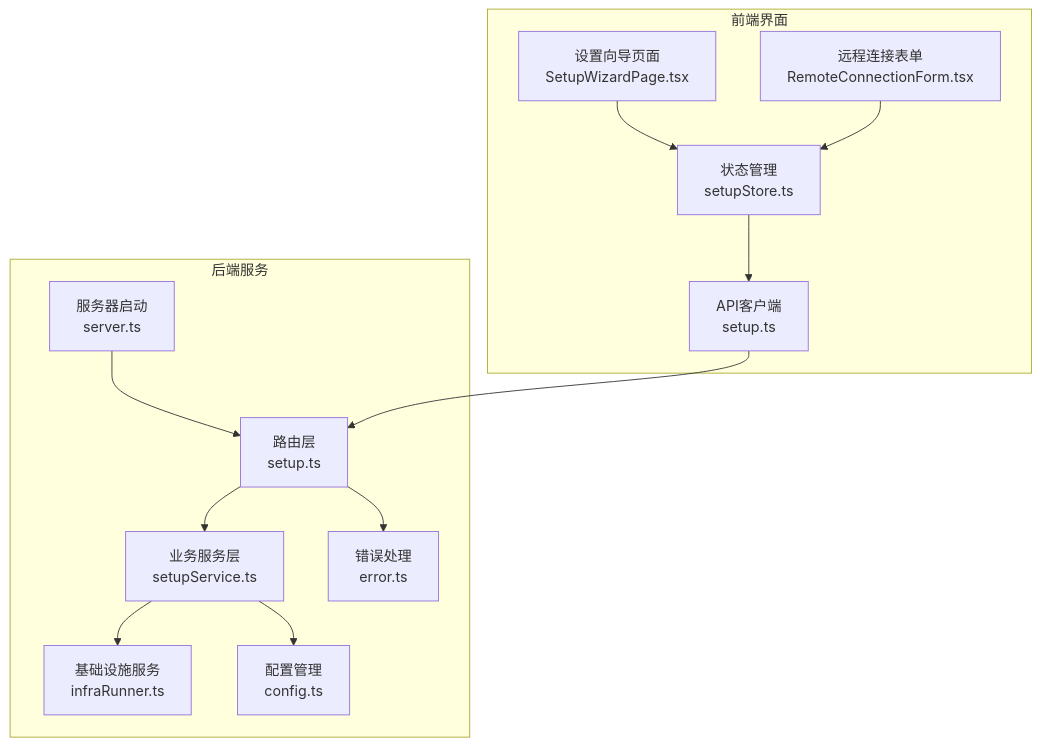
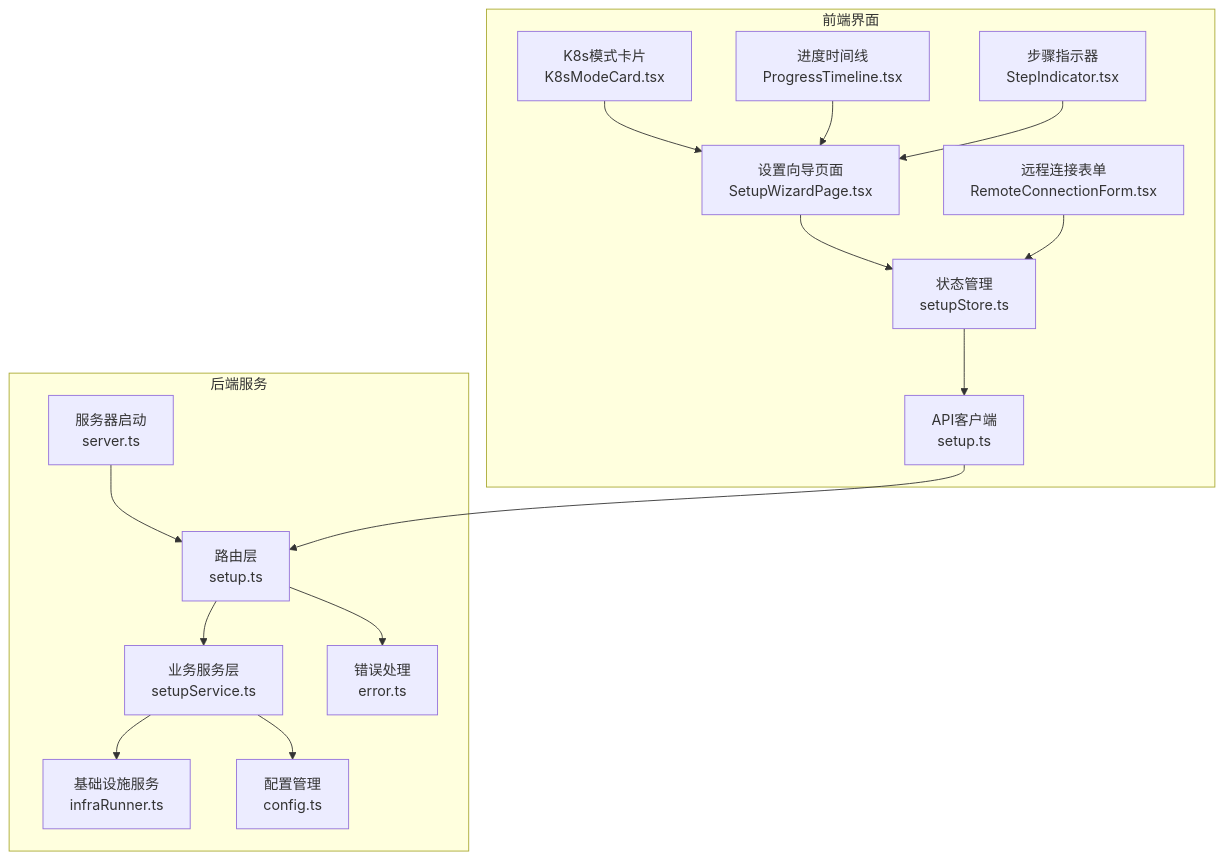
One commit to RabbitAI-Lab/Sandbox-Manager changed the first of 8 diagrams in .qoder/repowiki/zh/content/API参考文档/REST API/设置向导API.md. Above: the diagram before and after it, drawn with Mermaid. The commit also changed other lines of this file and 21 other files, not shown here.

````diff
--- a/.qoder/repowiki/zh/content/API参考文档/REST API/设置向导API.md
+++ b/.qoder/repowiki/zh/content/API参考文档/REST API/设置向导API.md
@@ -37,26 +49,32 @@
 ```mermaid
 graph TB
 subgraph "后端服务"
 Routes[路由层<br/>setup.ts]
 Services[业务服务层<br/>setupService.ts]
 Infra[基础设施服务<br/>infraRunner.ts]
 Config[配置管理<br/>config.ts]
 Error[错误处理<br/>error.ts]
 Server[服务器启动<br/>server.ts]
 end
 subgraph "前端界面"
 API[API客户端<br/>setup.ts]
 Store[状态管理<br/>setupStore.ts]
 Page[设置向导页面<br/>SetupWizardPage.tsx]
 Form[远程连接表单<br/>RemoteConnectionForm.tsx]
+Cards[K8s模式卡片<br/>K8sModeCard.tsx]
+Timeline[进度时间线<br/>ProgressTimeline.tsx]
+Indicator[步骤指示器<br/>StepIndicator.tsx]
 end
 Routes --> Services
 Services --> Infra
 Services --> Config
 Routes --> Error
 Server --> Routes
 API --> Routes
 Store --> API
 Page --> Store
 Form --> Store
+Cards --> Page
+Timeline --> Page
+Indicator --> Page
 ```
````
